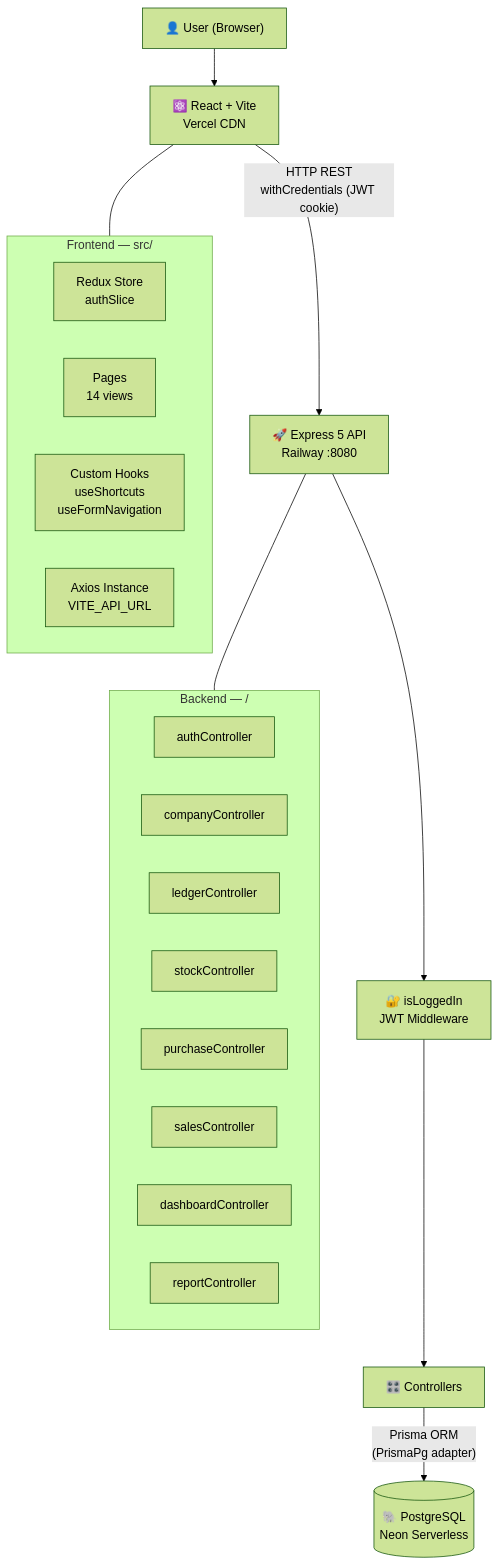
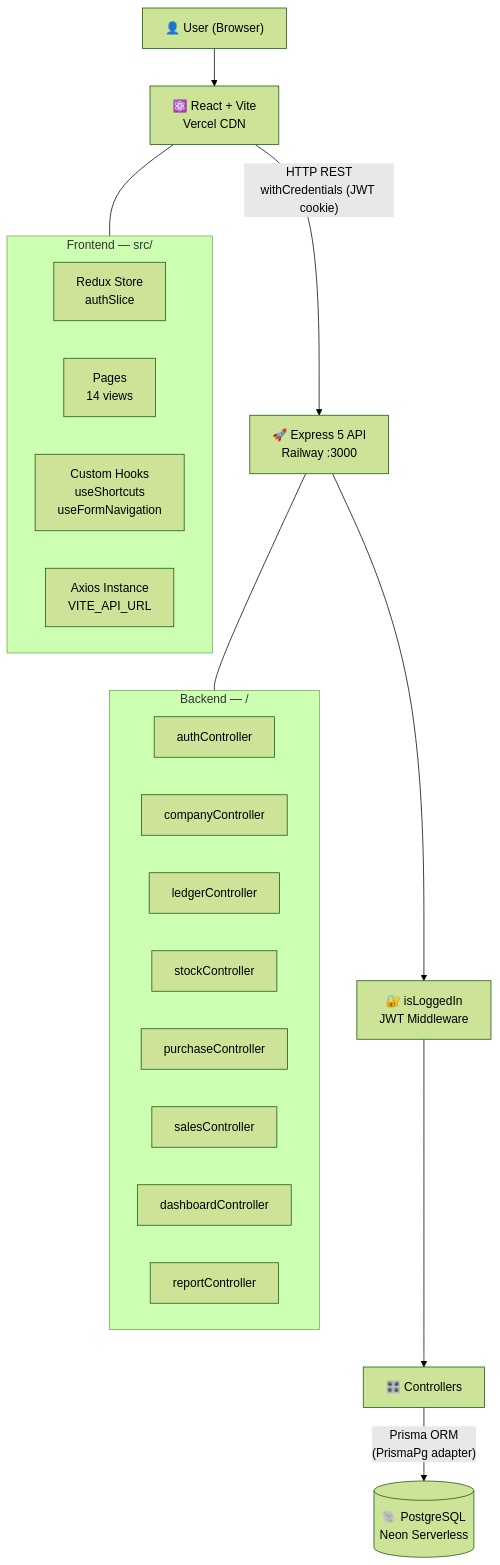
One commit to boxbiswas/Tally changed the first of 2 diagrams in README.md. Above: the diagram before and after it, drawn with Mermaid (forest theme).

````diff
--- a/README.md
+++ b/README.md
@@ -46,32 +46,32 @@
 ```mermaid
 graph TD
   User["👤 User (Browser)"] --> FE["⚛️ React + Vite\nVercel CDN"]
 
-  FE -->|"HTTP REST\nwithCredentials (JWT cookie)"| BE["🚀 Express 5 API\nRailway  :8080"]
+  FE -->|"HTTP REST\nwithCredentials (JWT cookie)"| BE["🚀 Express 5 API\nRailway  :3000"]
 
   BE --> MW["🔐 isLoggedIn\nJWT Middleware"]
   MW --> CTR["🎛️ Controllers"]
 
   CTR -->|"Prisma ORM\n(PrismaPg adapter)"| DB[("🐘 PostgreSQL\nNeon Serverless")]
 
   subgraph Frontend ["Frontend — src/"]
     Redux["Redux Store\nauthSlice"]
     Pages["Pages\n14 views"]
     Hooks["Custom Hooks\nuseShortcuts\nuseFormNavigation"]
     AxiosCfg["Axios Instance\nVITE_API_URL"]
   end
 
   subgraph Backend ["Backend — /"]
     Auth["authController"]
     Company["companyController"]
     Ledger["ledgerController"]
     Stock["stockController"]
     Purchase["purchaseController"]
     Sales["salesController"]
     Dashboard["dashboardController"]
     Report["reportController"]
   end
 
   FE --- Frontend
   BE --- Backend
 ```
````
